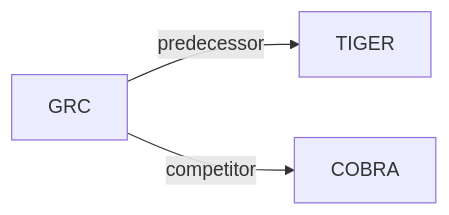
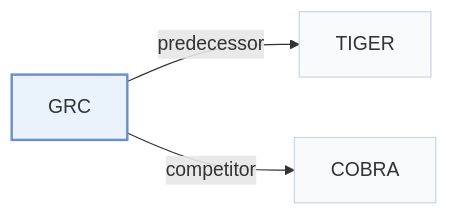
The second of 2 diagrams in pages/papers/grc.md (Galaxy-ghost/Awesome-SID-Generative-Rec), drawn with Mermaid before and after one commit. The commit also changed other lines of this file and 649 other files, not shown here.

Commit message:
writer-05: also tags and modality index (schema, check, build, visuals); summary field removed; calibration data for 12 papers

````diff
--- a/pages/papers/grc.md
+++ b/pages/papers/grc.md
@@ -69,6 +73,10 @@
 ```mermaid
 flowchart LR
     P["GRC"]
-    P -->|predecessor| A["TIGER"]
-    P -->|competitor| B["COBRA"]
+    P -->|"predecessor"| A["TIGER"]
+    P -->|"competitor"| B["COBRA"]
+    classDef main fill:#eaf2fb,stroke:#6b8fc7,stroke-width:2px
+    classDef peer fill:#f8fafc,stroke:#cbd5e1
+    class P main
+    class A,B peer
 ```
````
